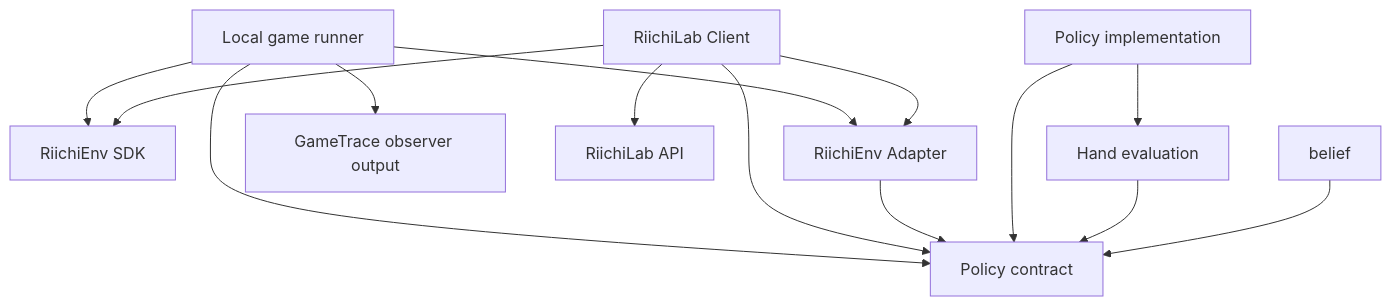
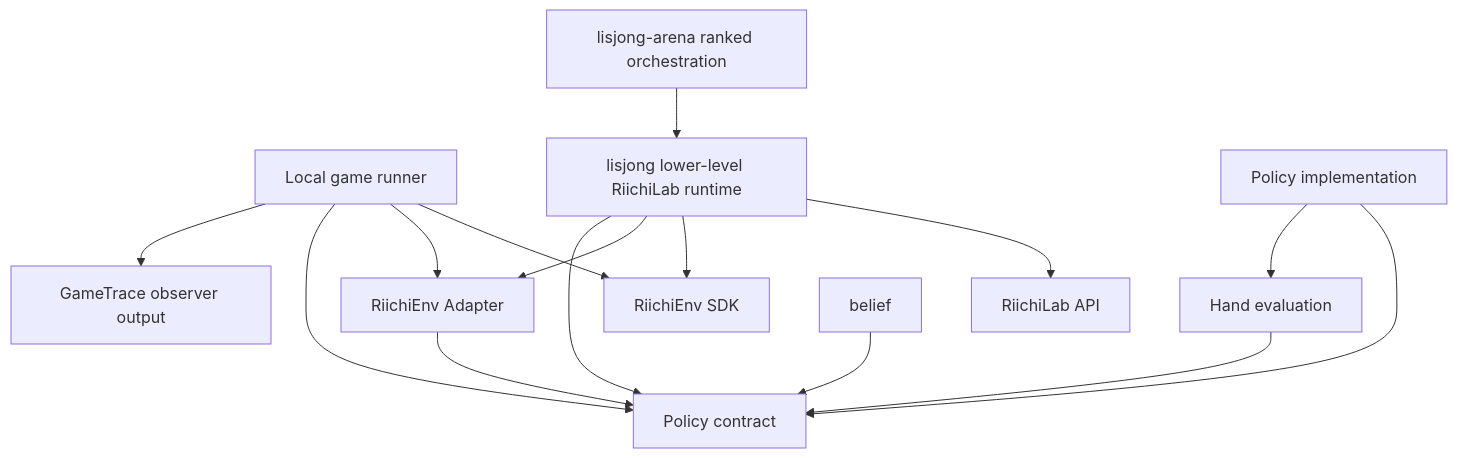
The diagram in docs/architecture.md (lisbun/lisjong), drawn with Mermaid before and after one commit. The commit also changed other lines of this file and 6 other files, not shown here.

Commit message:
Remove legacy RiichiLab ranked orchestration from lisjong (#88)

````diff
--- a/docs/architecture.md
+++ b/docs/architecture.md
@@ -806,16 +813,17 @@
 ```mermaid
 flowchart TD
     Runner["Local game runner"] --> SDK["RiichiEnv SDK"]
     Runner --> Adapter["RiichiEnv Adapter"]
     Runner --> Contract["Policy contract"]
     Runner --> Trace["GameTrace observer output"]
-    Client["RiichiLab Client"] --> LabAPI["RiichiLab API"]
+    Arena["lisjong-arena ranked orchestration"] --> Client["lisjong lower-level RiichiLab runtime"]
+    Client --> LabAPI["RiichiLab API"]
     Client --> SDK
     Client --> Adapter
     Client --> Contract
     Adapter --> Contract
     Impl["Policy implementation"] --> Contract
     Impl --> HandEval["Hand evaluation"]
     HandEval --> Contract
     Belief["belief"] --> Contract
 ```
````
